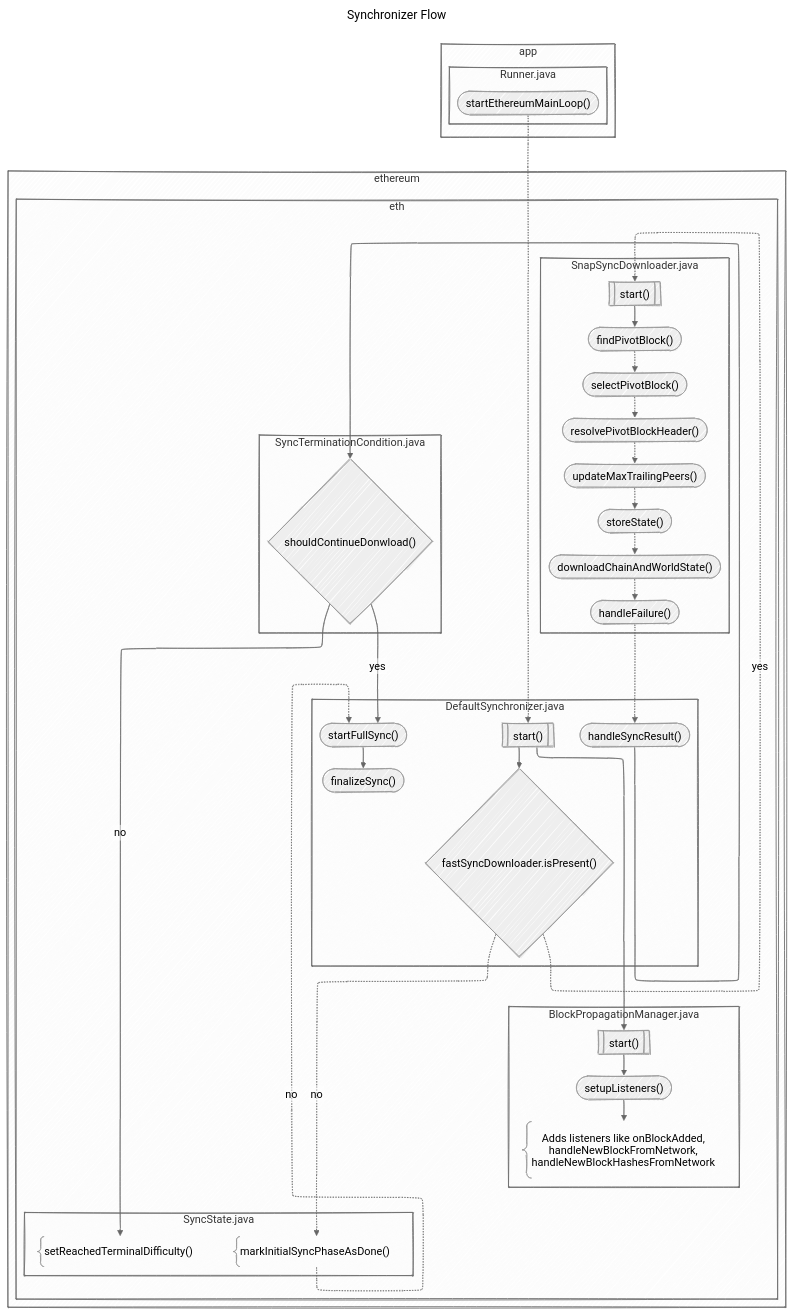
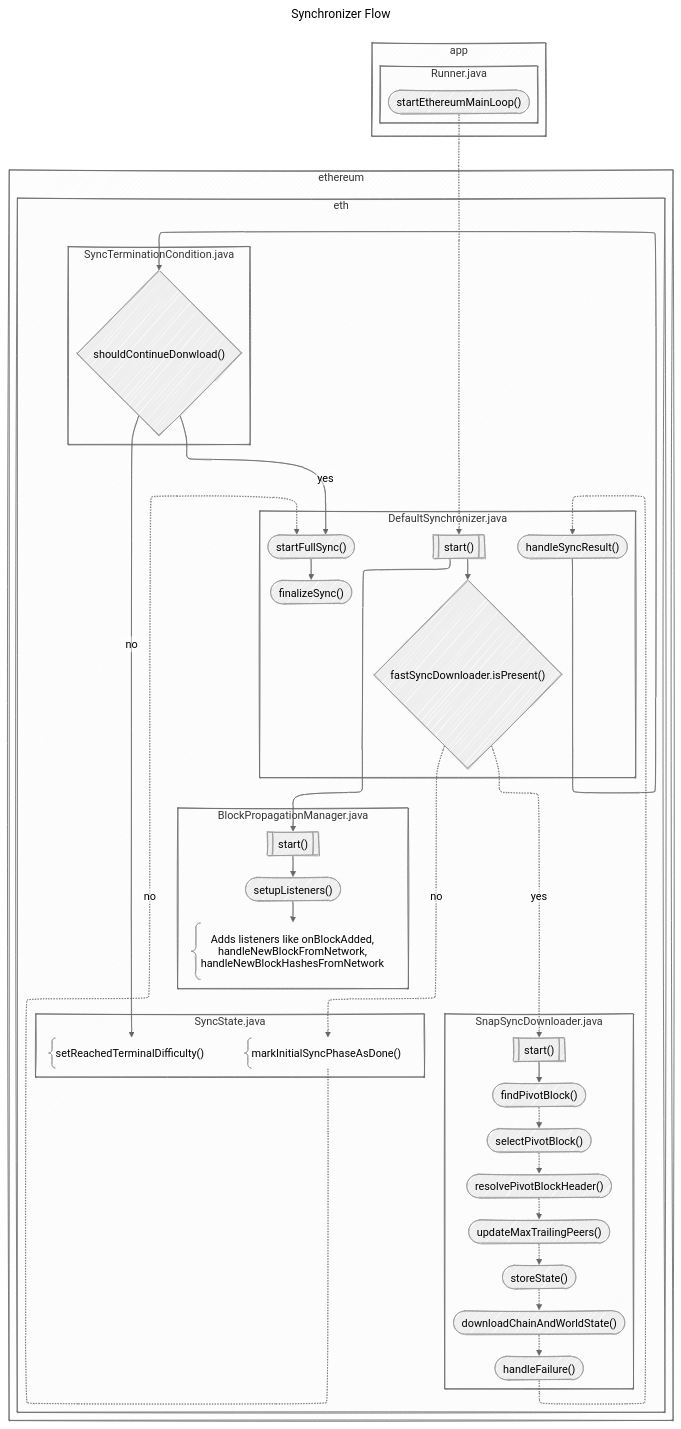
The diagram in diagrams/startup/BESU-STARTUP-004-synchronizer-start.mmd (mimanshumaheshwari-zeeve/besu-flow-documentation), drawn with Mermaid before and after one commit. The commit also changed 2 other files, not shown here.

```diff
--- a/diagrams/startup/BESU-STARTUP-004-synchronizer-start.mmd
+++ b/diagrams/startup/BESU-STARTUP-004-synchronizer-start.mmd
@@ -1,75 +1,82 @@
 ---
 title: Synchronizer Flow
+
 config:
+  htmlLabels: false
+
   layout: elk
-  htmlLabels: false
   theme: neutral
   look: handDrawn
-  handDrawnSeed: 8123234
+
   elk:
     mergeEdges: true
     nodePlacementStrategy: LINEAR_SEGMENTS
     nodePlacementAlignment: BALANCED
     keepEntryNodeOnTop: true
+
   flowchart:
-    defaultRenderer : elk
     wrappingWidth: 350
     inheritDir: false
+
 ---
-%%{init: {"flowchart": {"defaultRenderer": "elk"}} }%%
+%%{init: {} }%%
 flowchart
   subgraph "app"
     subgraph "Runner.java"
       startEthereumMainLoop(["`startEthereumMainLoop()`"])
     end
   end
 
   subgraph "ethereum"
     subgraph "eth"
+      
+      subgraph "SyncTerminationCondition.java"
+        shouldContinueDonwload{"`shouldContinueDonwload()`"}
+      end
+
       subgraph "SyncState.java"
         markInitialSyncPhaseAsDone("`markInitialSyncPhaseAsDone()`")
         setReachedTerminalDifficulty("`setReachedTerminalDifficulty()`")
       end
 
-      subgraph "SyncTerminationCondition.java"
-        shouldContinueDonwload{"`shouldContinueDonwload()`"}
+      subgraph "BlockPropagationManager.java"
+        blockPropagationManager_start[["`start()`"]]
+        setupListeners(["`setupListeners()`"])
+
+        blockPropagationManager_start --> setupListeners -->listerners@{shape: brace, label: "Adds listeners like onBlockAdded, handleNewBlockFromNetwork, handleNewBlockHashesFromNetwork"}
+      end
+
+      subgraph "DefaultSynchronizer.java"
+        defaultSynchronizer_start[["`start()`"]]
+        startFullSync(["`startFullSync()`"])
+        finalizeSync(["`finalizeSync()`"])
+        fastSyncDownloader_present{"`fastSyncDownloader.isPresent()`"}
+        handleSyncResult(["`handleSyncResult()`"])
+
+        startFullSync --> finalizeSync
       end
 
       subgraph "SnapSyncDownloader.java"
         snapSyncDownloader_start[["`start()`"]]
         findPivotBlock(["`findPivotBlock()`"])
         selectPivotBlock(["`selectPivotBlock()`"])
         resolvePivotBlockHeader(["`resolvePivotBlockHeader()`"])
         updateMaxTrailingPeers(["`updateMaxTrailingPeers()`"])
         storeState(["`storeState()`"])
         downloadChainAndWorldState(["`downloadChainAndWorldState()`"])
         handleFailure(["`handleFailure()`"])
 
         snapSyncDownloader_start --> findPivotBlock .->selectPivotBlock .-> resolvePivotBlockHeader .-> updateMaxTrailingPeers .-> storeState .-> downloadChainAndWorldState .-> handleFailure
       end
 
-      subgraph "DefaultSynchronizer.java"
-        defaultSynchronizer_start[["`start()`"]]
-        startFullSync(["`startFullSync()`"])
-        finalizeSync(["`finalizeSync()`"])
-        fastSyncDownloader_present{"`fastSyncDownloader.isPresent()`"}
-        handleSyncResult(["`handleSyncResult()`"])
 
-        startFullSync --> finalizeSync
-      end
-
-      subgraph "BlockPropagationManager.java"
-        blockPropagationManager_start[["`start()`"]]
-        setupListeners(["`setupListeners()`"])
-        blockPropagationManager_start --> setupListeners -->listerners@{shape: brace, label: "Adds listeners like onBlockAdded, handleNewBlockFromNetwork, handleNewBlockHashesFromNetwork"}
-      end
 
       fastSyncDownloader_present .->|no| markInitialSyncPhaseAsDone@{shape: brace} .->|no| startFullSync
       defaultSynchronizer_start --> fastSyncDownloader_present .->|yes| snapSyncDownloader_start
       handleFailure .-> handleSyncResult --> shouldContinueDonwload --yes--> startFullSync
       shouldContinueDonwload -->|no| setReachedTerminalDifficulty@{shape: brace}
     end
   end
 
+  defaultSynchronizer_start --> blockPropagationManager_start
   startEthereumMainLoop .-> defaultSynchronizer_start
-  defaultSynchronizer_start --> blockPropagationManager_start
```
